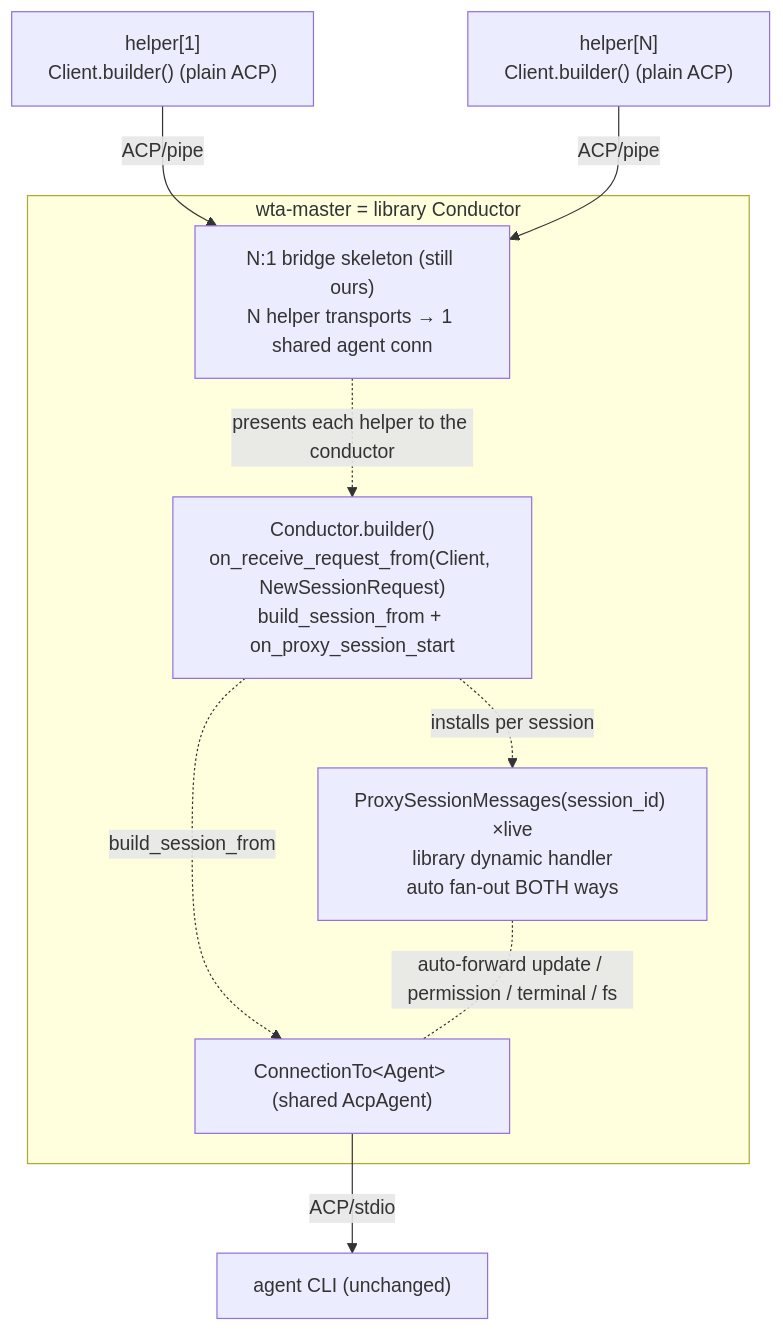
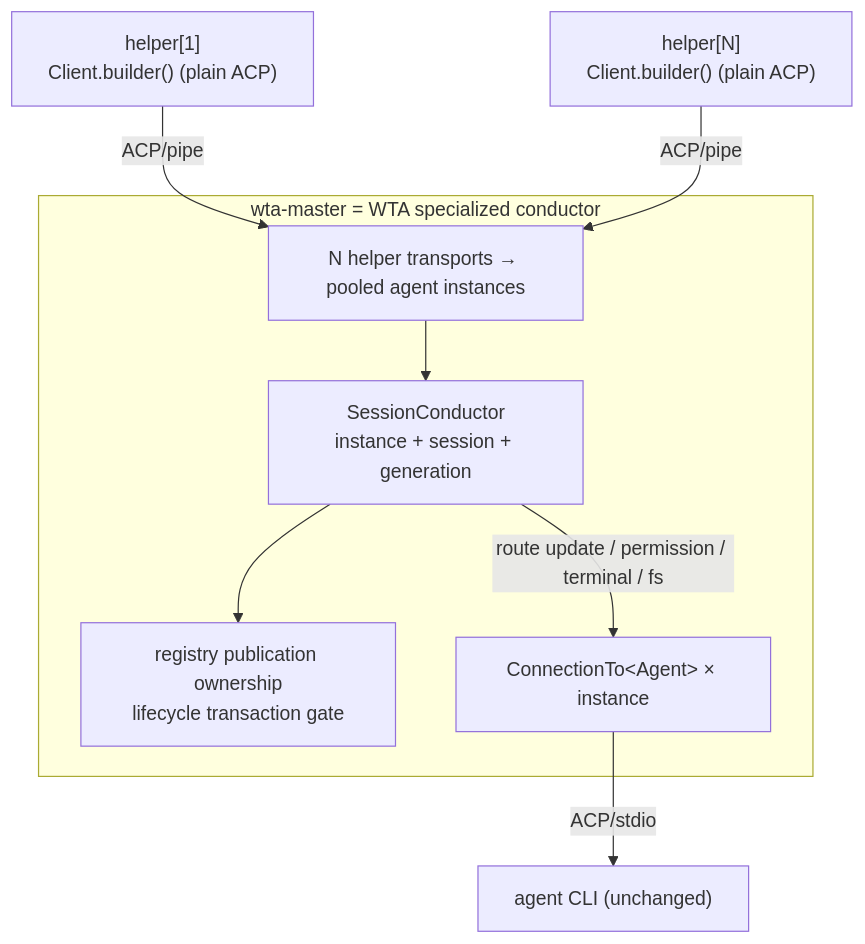
One commit to microsoft/intelligent-terminal changed the third of 5 diagrams in doc/specs/acp-1.0-conductor-migration.md. Above: the diagram before and after it, drawn with Mermaid. The commit also changed other lines of this file and 3 other files, not shown here.

First line of the commit message:
Extract ACP session conductor

````diff
--- a/doc/specs/acp-1.0-conductor-migration.md
+++ b/doc/specs/acp-1.0-conductor-migration.md
@@ -599,22 +593,21 @@
 ```mermaid
 flowchart TB
     H1["helper[1]<br/>Client.builder() (plain ACP)"]
     Hn["helper[N]<br/>Client.builder() (plain ACP)"]
 
-    subgraph master["wta-master = library Conductor"]
-        CB["Conductor.builder()<br/>on_receive_request_from(Client, NewSessionRequest)<br/>build_session_from + on_proxy_session_start"]
-        PSM["ProxySessionMessages(session_id) ×live<br/>library dynamic handler<br/>auto fan-out BOTH ways"]
-        BR["N:1 bridge skeleton (still ours)<br/>N helper transports → 1 shared agent conn"]
-        AC["ConnectionTo&lt;Agent&gt; (shared AcpAgent)"]
+    subgraph master["wta-master = WTA specialized conductor"]
+        SC["SessionConductor<br/>instance + session + generation"]
+        REG["registry publication ownership<br/>lifecycle transaction gate"]
+        BR["N helper transports → pooled agent instances"]
+        AC["ConnectionTo&lt;Agent&gt; × instance"]
     end
 
     CLI["agent CLI (unchanged)"]
 
     H1 -->|"ACP/pipe"| BR
     Hn -->|"ACP/pipe"| BR
-    BR -.->|"presents each helper to the conductor"| CB
-    CB -.->|"build_session_from"| AC
-    CB -.->|"installs per session"| PSM
-    PSM -.-|"auto-forward update / permission / terminal / fs"| AC
+    BR --> SC
+    SC --> REG
+    SC -->|"route update / permission / terminal / fs"| AC
     AC -->|"ACP/stdio"| CLI
 ```
````
